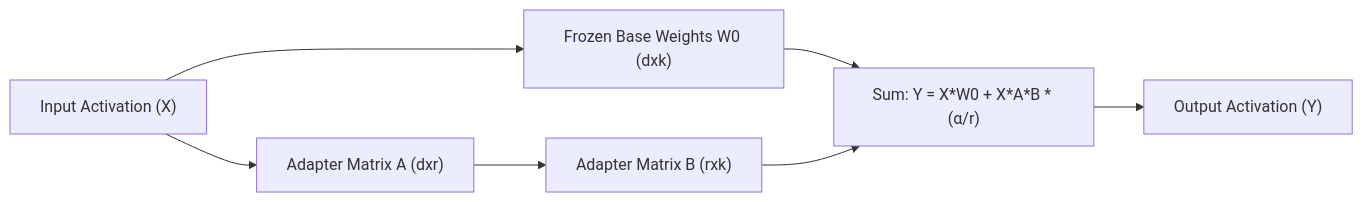
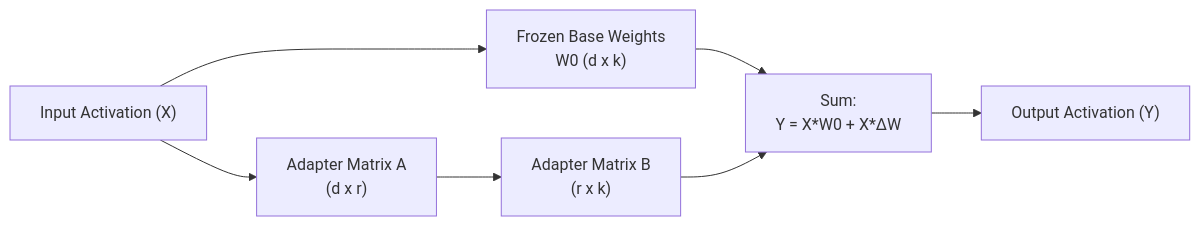
Before and after one commit to murugadossp/llm-concepts: the diagram in apps/web/src/content/chapters/02-2-finetuning.mdx, drawn with Mermaid. The commit also changed 9 other files, not shown here.

Commit message:
style: fix mermaid text clipping with br tags and implement adaptive light/dark mode css overrides

````diff
--- a/apps/web/src/content/chapters/02-2-finetuning.mdx
+++ b/apps/web/src/content/chapters/02-2-finetuning.mdx
@@ -62,9 +62,9 @@
 ```mermaid
 graph LR
-  X["Input Activation (X)"] --> BaseW["Frozen Base Weights W0 (dxk)"]
-  X --> AdapterA["Adapter Matrix A (dxr)"]
-  AdapterA --> AdapterB["Adapter Matrix B (rxk)"]
-  BaseW --> Sum["Sum: Y = X*W0 + X*A*B * (&alpha;/r)"]
+  X["Input Activation (X)"] --> BaseW["Frozen Base Weights<br/>W0 (d x k)"]
+  X --> AdapterA["Adapter Matrix A<br/>(d x r)"]
+  AdapterA --> AdapterB["Adapter Matrix B<br/>(r x k)"]
+  BaseW --> Sum["Sum:<br/>Y = X*W0 + X*&Delta;W"]
   AdapterB --> Sum
   Sum --> Y["Output Activation (Y)"]
 ```
````
